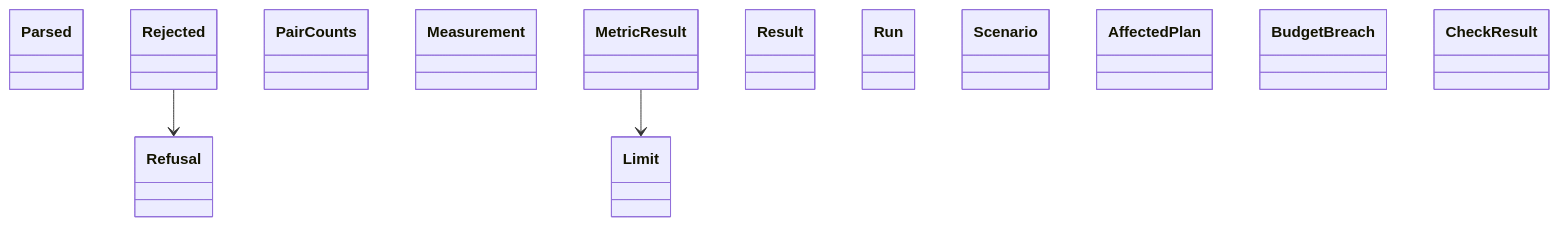
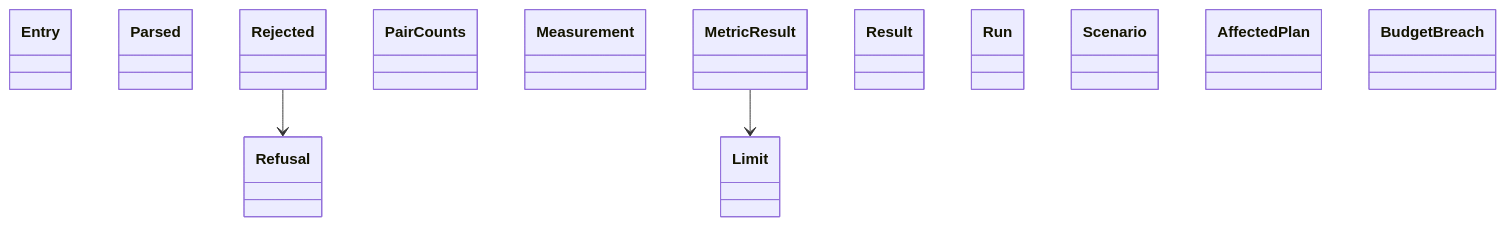
One commit to GonzaloZevallos/agentic-system changed the diagram in docs/architecture/generated/classes-process-domain-checks-2.md. Above: the diagram before and after it, drawn with Mermaid. The commit also changed 2 other files, not shown here.

Commit message:
Regenerate the checks domain class pages after joining master

````diff
--- a/docs/architecture/generated/classes-process-domain-checks-2.md
+++ b/docs/architecture/generated/classes-process-domain-checks-2.md
@@ -21,18 +21,18 @@
 ```mermaid
 classDiagram
+    class coverage__Entry["Entry"]
     class coverage__Parsed["Parsed"]
     class coverage__Refusal["Refusal"]
     class coverage__Rejected["Rejected"]
     class merge_ci__PairCounts["PairCounts"]
     class performance__Limit["Limit"]
     class performance__Measurement["Measurement"]
     class performance__MetricResult["MetricResult"]
     class performance__Result["Result"]
     class performance__Run["Run"]
     class performance__Scenario["Scenario"]
     class presubmit__AffectedPlan["AffectedPlan"]
     class presubmit__BudgetBreach["BudgetBreach"]
-    class presubmit__CheckResult["CheckResult"]
     coverage__Rejected --> coverage__Refusal
     performance__MetricResult --> performance__Limit
 ```
````
